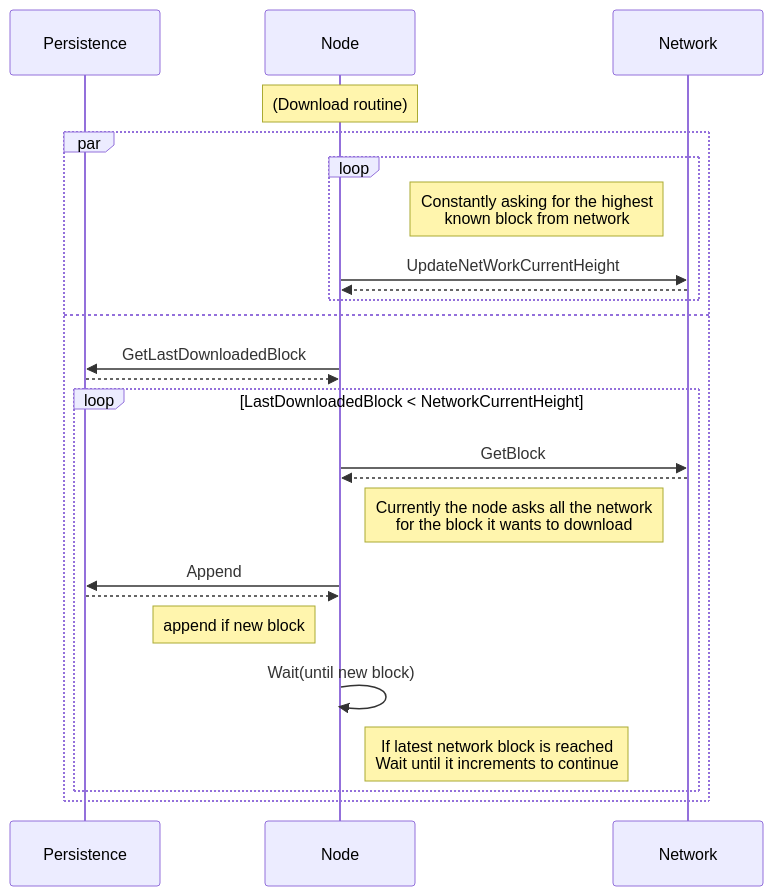
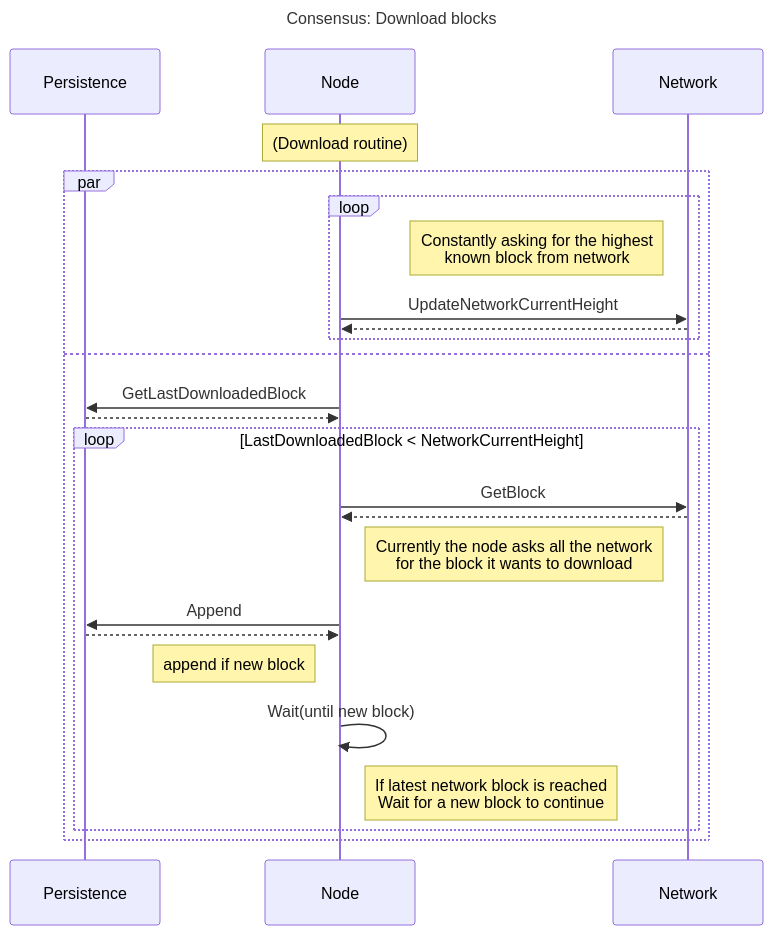
One commit to pokt-network/pocket changed the sixth of 9 diagrams in consensus/README.md. Above: the diagram before and after it, drawn with Mermaid. The commit also changed other lines of this file, not shown here.

````diff
--- a/consensus/README.md
+++ b/consensus/README.md
@@ -196,27 +210,32 @@
 ```mermaid
 sequenceDiagram
-participant Persistence
-Note over Node: (Download routine)
-participant Node
-participant Network
-par
-  loop
-  Note left of Network: Constantly asking for the highest<br /> known block from network
-  Node->>Network:UpdateNetWorkCurrentHeight
-  Network-->>Node: 
+  title: Consensus: Download blocks
+  participant Persistence
+  Note over Node: (Download routine)
+  participant Node
+  participant Network
+
+  par
+    loop
+      Note left of Network: Constantly asking for the highest<br /> known block from network
+      Node->>Network:UpdateNetworkCurrentHeight
+      Network-->>Node: 
+    end
+  and
+    Node->>Persistence:GetLastDownloadedBlock
+    Persistence-->>Node: 
+
+    loop LastDownloadedBlock < NetworkCurrentHeight
+      Node->>Network:GetBlock
+      Network-->>Node: 
+      Note left of Network: Currently the node asks all the network<br />for the block it wants to download
+
+      Node->>Persistence:Append
+      Persistence-->>Node: 
+      Note left of Node: append if new block
+
+      Node->>Node:Wait(until new block)
+      Note right of Node: If latest network block is reached<br />Wait for a new block to continue
+    end
   end
-and
-  Node->>Persistence:GetLastDownloadedBlock
-  Persistence-->>Node: 
-  loop LastDownloadedBlock < NetworkCurrentHeight
-    Node->>Network:GetBlock
-    Network-->>Node: 
-    Note left of Network: Currently the node asks all the network<br />for the block it wants to download
-    Node->>Persistence:Append
-    Persistence-->>Node: 
-    Note left of Node: append if new block
-    Node->>Node:Wait(until new block)
-    Note right of Node: If latest network block is reached<br />Wait until it increments to continue
-  end
-end
 ```
````
